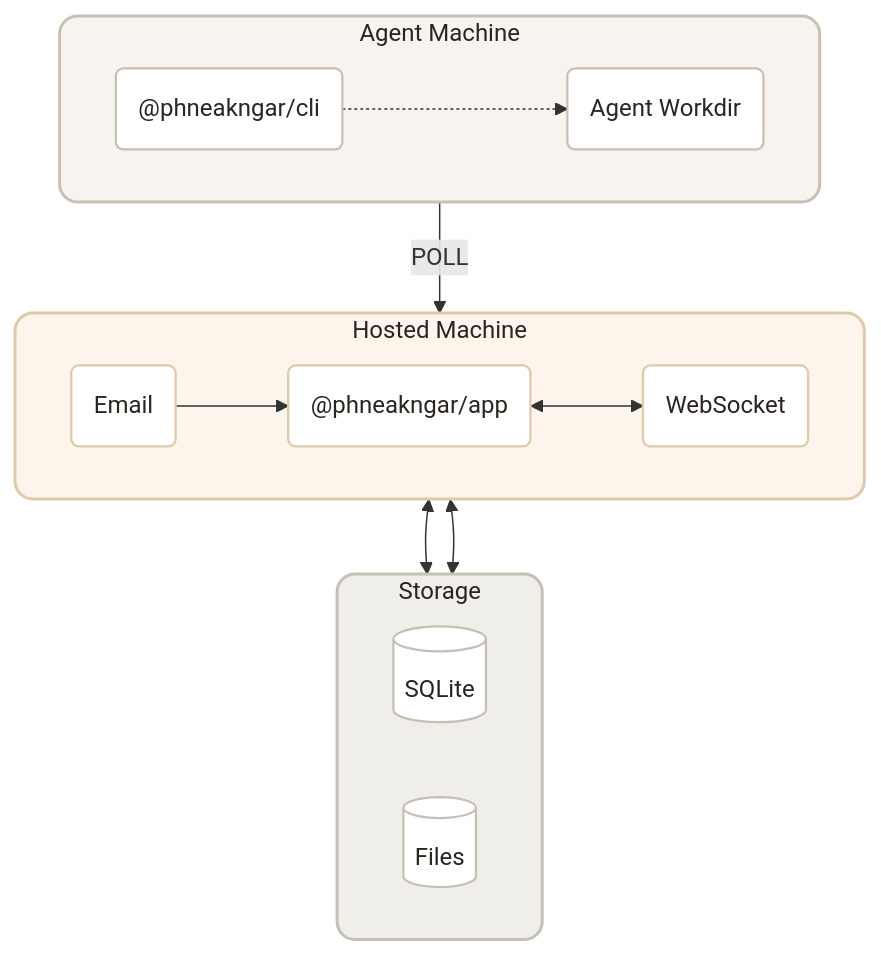
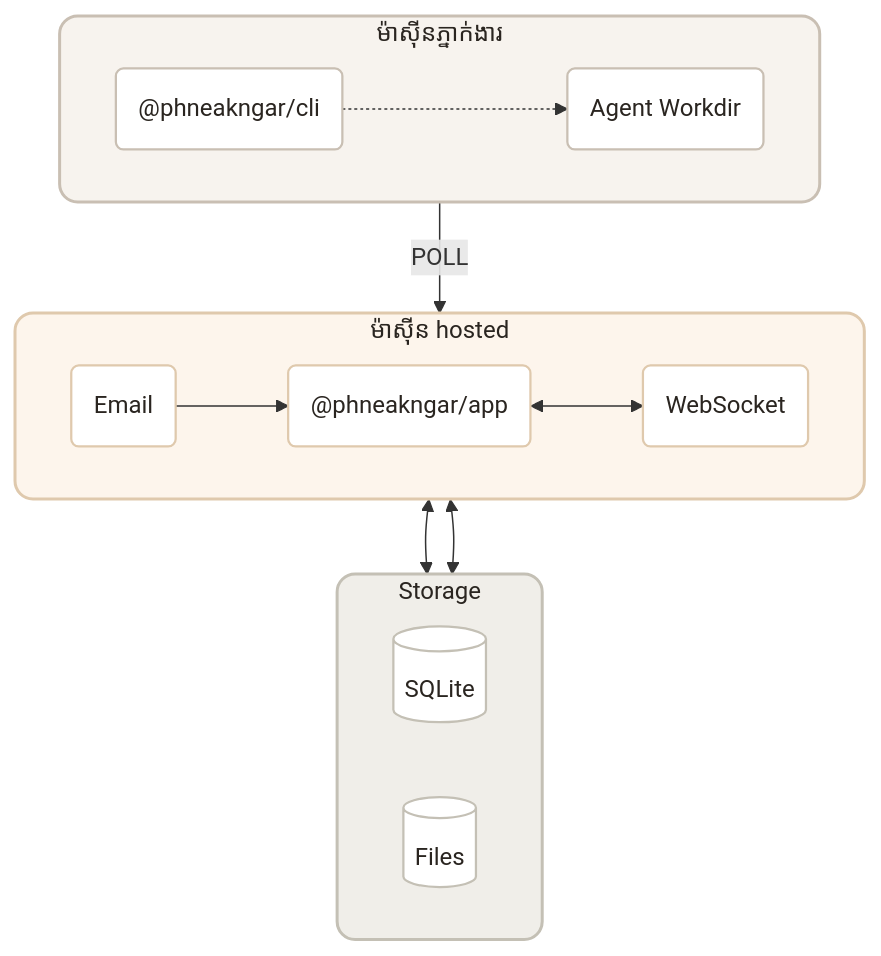
Before and after one commit to silence-guy/phneakngar: the diagram in README.md, drawn with Mermaid. The commit also changed other lines of this file and 9 other files, not shown here.

````diff
--- a/README.md
+++ b/README.md
@@ -146,47 +147,47 @@
 ```mermaid
 %%{init: {'theme': 'base', 'themeVariables': {
   'primaryColor': '#FAF9F7',
   'primaryBorderColor': '#D4CFC9',
   'primaryTextColor': '#2A2520',
   'lineColor': '#9C8E82',
   'secondaryColor': '#F0EDE8',
   'tertiaryColor': '#E8E4DE',
 }}}%%
 
 flowchart TB
-    subgraph client["  Agent Machine  "]
+    subgraph client["  ម៉ាស៊ីនភ្នាក់ងារ  "]
         CLI("@phneakngar/cli")
         RT("Agent Workdir")
     end
 
-    subgraph cloud["  Hosted Machine  "]
+    subgraph cloud["  ម៉ាស៊ីន hosted  "]
         WEB("@phneakngar/app")
         EML("Email")
         WSK("WebSocket")
     end
 
     subgraph store["  Storage  "]
         direction LR
         D1[("SQLite  ")]
         R2[("Files  ")]
     end
 
     client -- "POLL" --> cloud
     CLI -..-> RT
     EML --> WEB
     WEB <--> WSK
     cloud <--> D1
     cloud <--> R2
 
     style client fill:#F7F3EE,stroke:#C9BFB3,stroke-width:2px,color:#2A2520,rx:12,ry:12
     style cloud fill:#FDF5EC,stroke:#DFC9AD,stroke-width:2px,color:#2A2520,rx:12,ry:12
     style store fill:#F0EEE9,stroke:#C4C0B5,stroke-width:2px,color:#2A2520,rx:12,ry:12
 
     style CLI fill:#fff,stroke:#C9BFB3,stroke-width:1.5px,color:#2A2520
     style RT fill:#fff,stroke:#C9BFB3,stroke-width:1.5px,color:#2A2520
     style WEB fill:#fff,stroke:#DFC9AD,stroke-width:1.5px,color:#2A2520
     style EML fill:#fff,stroke:#DFC9AD,stroke-width:1.5px,color:#2A2520
     style WSK fill:#fff,stroke:#DFC9AD,stroke-width:1.5px,color:#2A2520
     style D1 fill:#fff,stroke:#C4C0B5,stroke-width:1.5px,color:#2A2520
     style R2 fill:#fff,stroke:#C4C0B5,stroke-width:1.5px,color:#2A2520
 ```
````
